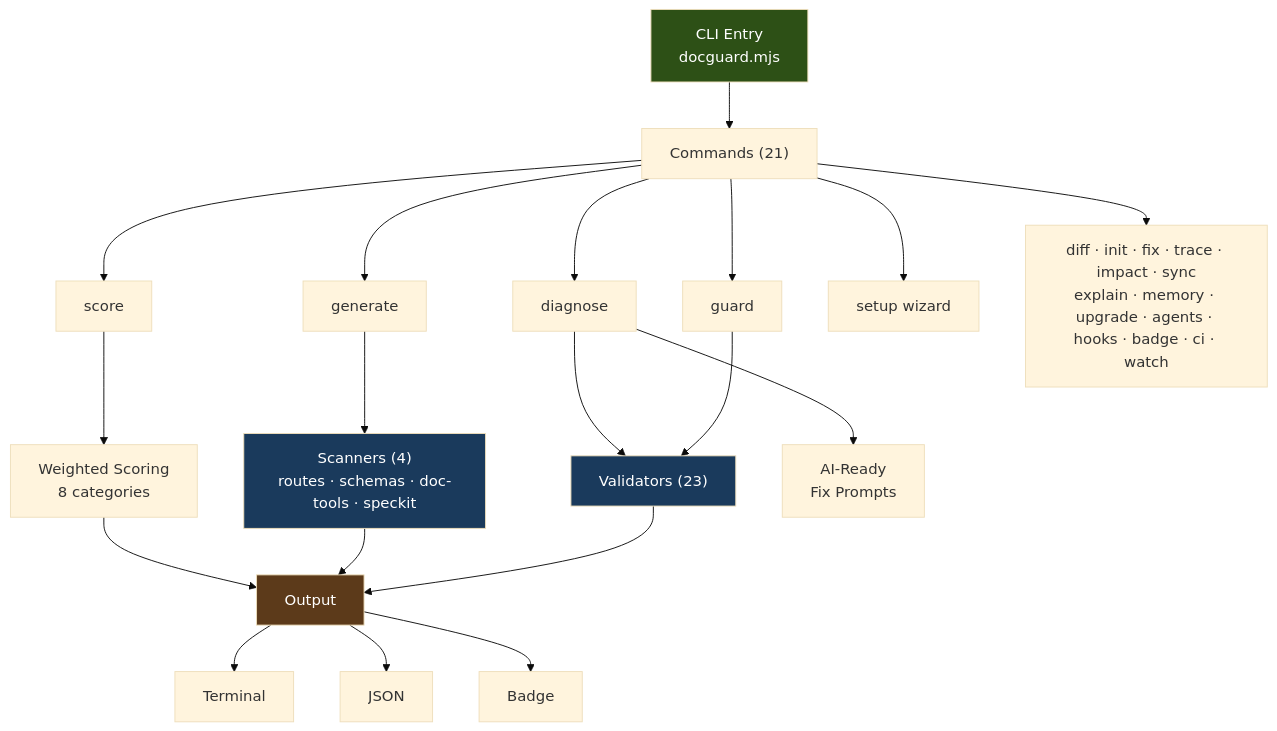
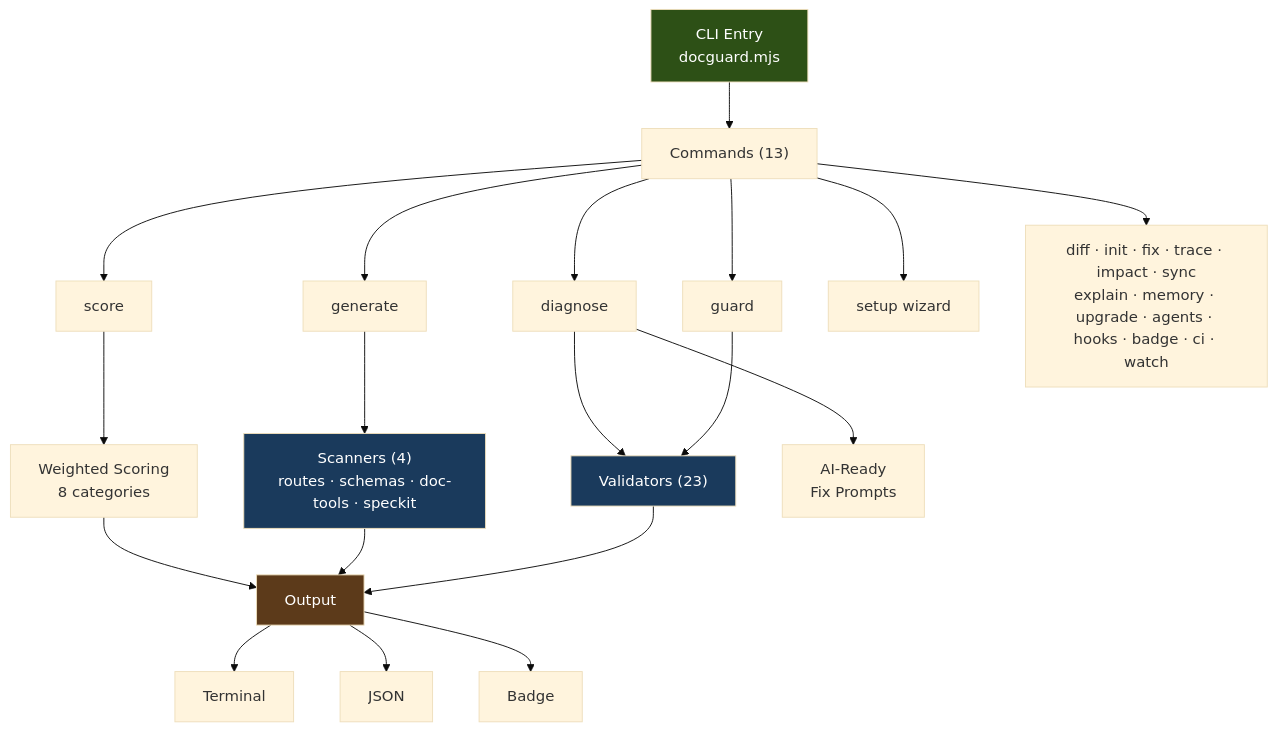
One commit to raccioly/docguard changed the diagram in README.md. Above: the diagram before and after it, drawn with Mermaid (base theme). The commit also changed other lines of this file and 25 other files, not shown here.

````diff
--- a/README.md
+++ b/README.md
@@ -52,28 +52,28 @@
 ```mermaid
 graph TD
-    CLI["CLI Entry<br/>docguard.mjs"] --> Commands["Commands (21)"]
+    CLI["CLI Entry<br/>docguard.mjs"] --> Commands["Commands (13)"]
     Commands --> guard["guard"]
     Commands --> generate["generate"]
     Commands --> score["score"]
     Commands --> diagnose["diagnose"]
     Commands --> setup["setup wizard"]
     Commands --> other["diff · init · fix · trace · impact · sync<br/>explain · memory · upgrade · agents · hooks · badge · ci · watch"]
 
     guard --> Validators["Validators (23)"]
     generate --> Scanners["Scanners (4)<br/>routes · schemas · doc-tools · speckit"]
     score --> Scoring["Weighted Scoring<br/>8 categories"]
     diagnose --> Validators
     diagnose --> AIPrompts["AI-Ready<br/>Fix Prompts"]
 
     Validators --> Output["Output"]
     Scanners --> Output
     Scoring --> Output
     Output --> Terminal["Terminal"]
     Output --> JSON["JSON"]
     Output --> Badge["Badge"]
 
     style CLI fill:#2d5016,color:#fff
     style Validators fill:#1a3a5c,color:#fff
     style Scanners fill:#1a3a5c,color:#fff
     style Output fill:#5c3a1a,color:#fff
 ```
````
